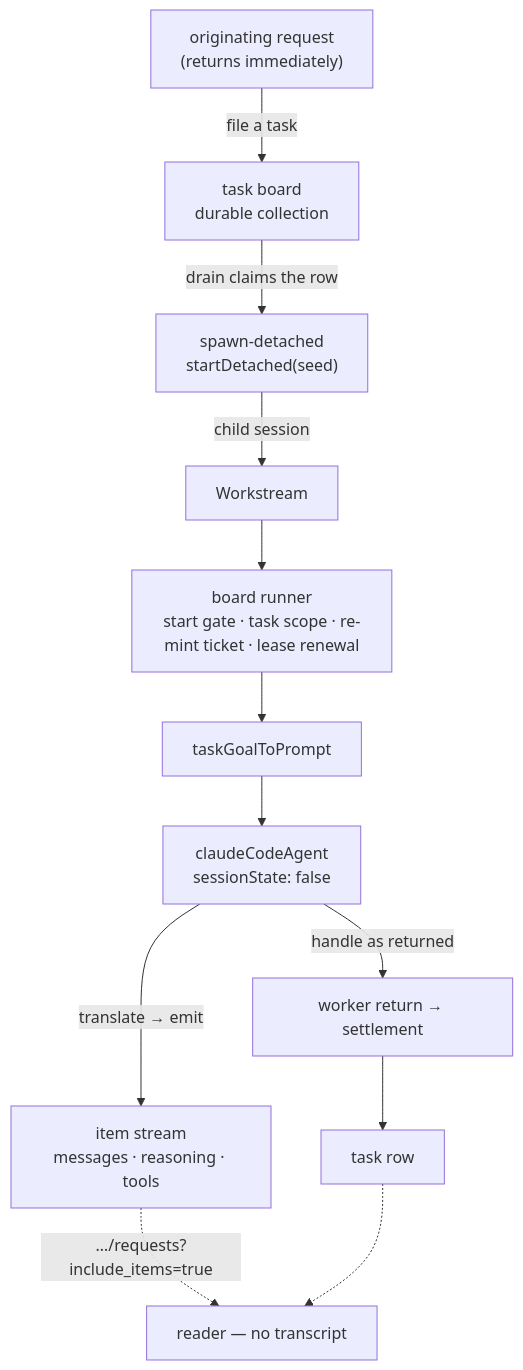
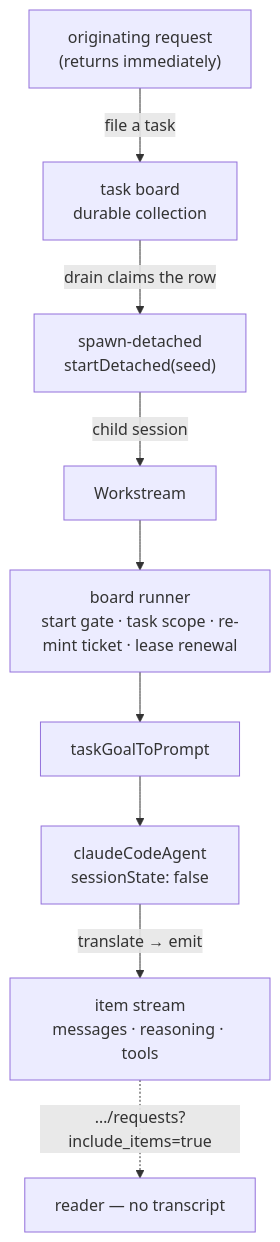
The diagram in spec/LAB-133.md (fixpoint-labs/flow-state-dev), drawn with Mermaid before and after one commit. The commit also changed other lines of this file, not shown here.

````diff
--- a/spec/LAB-133.md
+++ b/spec/LAB-133.md
@@ -229,14 +206,11 @@
 ```mermaid
 flowchart TD
   R["originating request<br/>(returns immediately)"] -->|"file a task"| B["task board<br/>durable collection"]
   B -->|"drain claims the row"| S["spawn-detached<br/>startDetached(seed)"]
   S -->|"child session"| W["Workstream"]
   W --> G["board runner<br/>start gate · task scope · re-mint ticket · lease renewal"]
   G --> P["taskGoalToPrompt"]
   P --> A["claudeCodeAgent<br/>sessionState: false"]
   A -->|"translate → emit"| I["item stream<br/>messages · reasoning · tools"]
-  A -->|"handle as returned"| T["worker return → settlement"]
-  T --> TR["task row"]
   I -.->|"…/requests?include_items=true"| RD["reader — no transcript"]
-  TR -.-> RD
 ```
````
